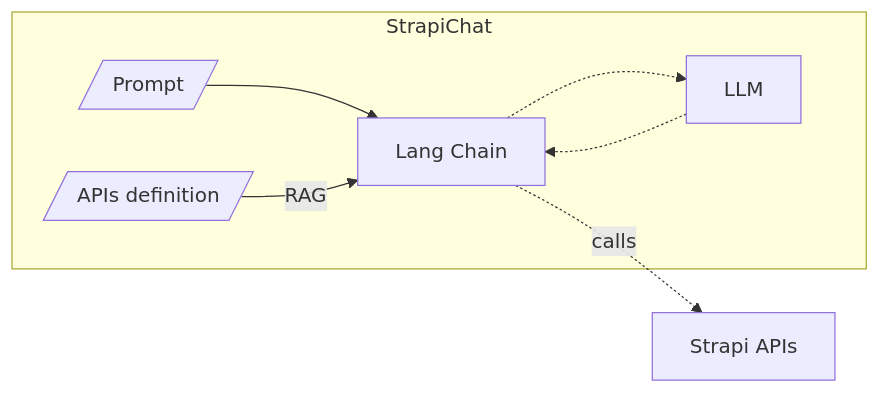
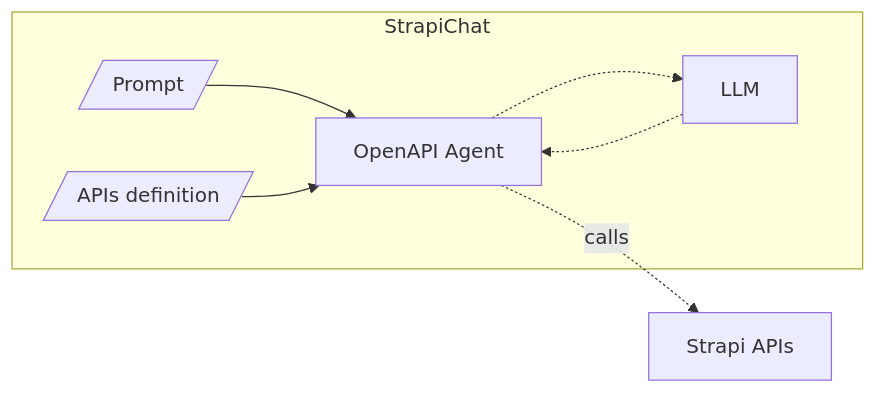
Before and after one commit to alallaqi/poc-strapi-chat: the first of 4 diagrams in README.md, drawn with Mermaid. The commit also changed other lines of this file and 4 other files, not shown here.

````diff
--- a/README.md
+++ b/README.md
@@ -11,9 +39,9 @@
 ```mermaid
 graph LR
     subgraph StrapiChat
-      P[/Prompt/] --> LC[Lang Chain]
-      AD[/APIs definition/] --> |RAG|LC
+      P[/Prompt/] --> LC["OpenAPI Agent"]
+      AD[/APIs definition/] --> LC
       LC -.-> LLM[LLM] -.-> LC
     end
     LC -.-> |calls|SA[Strapi APIs]
 ```
````
